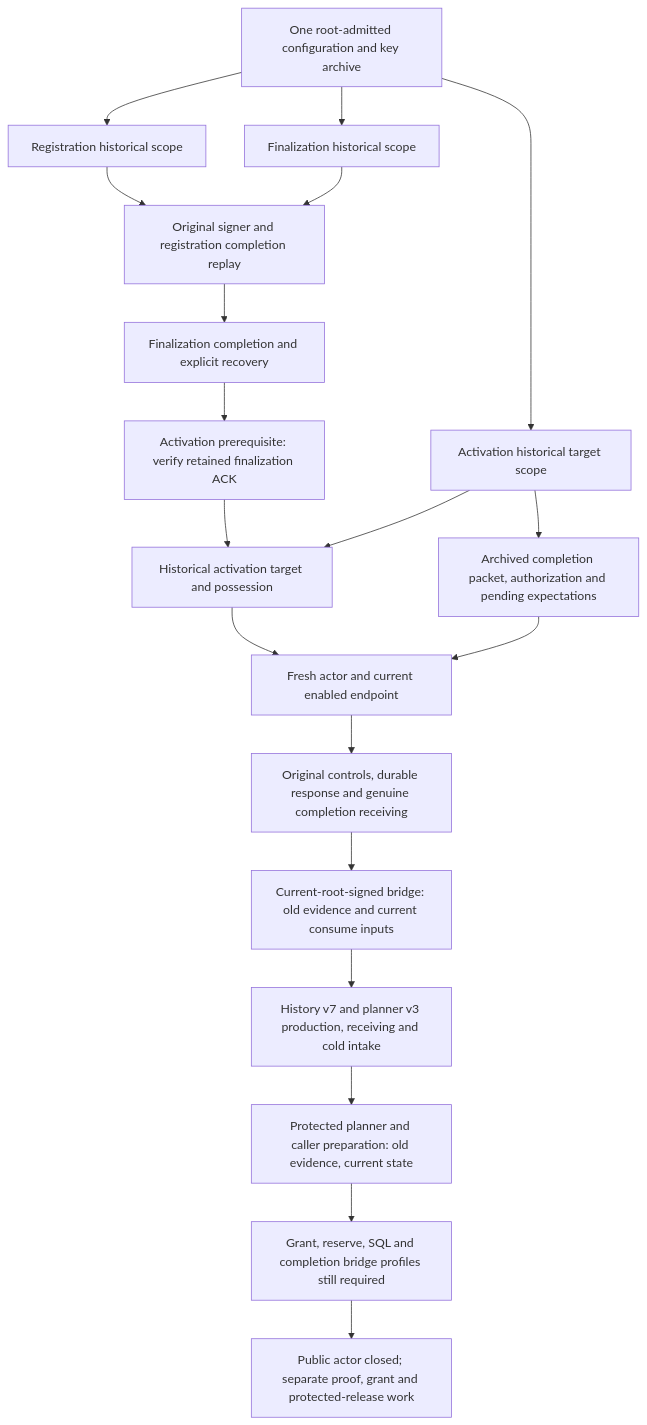
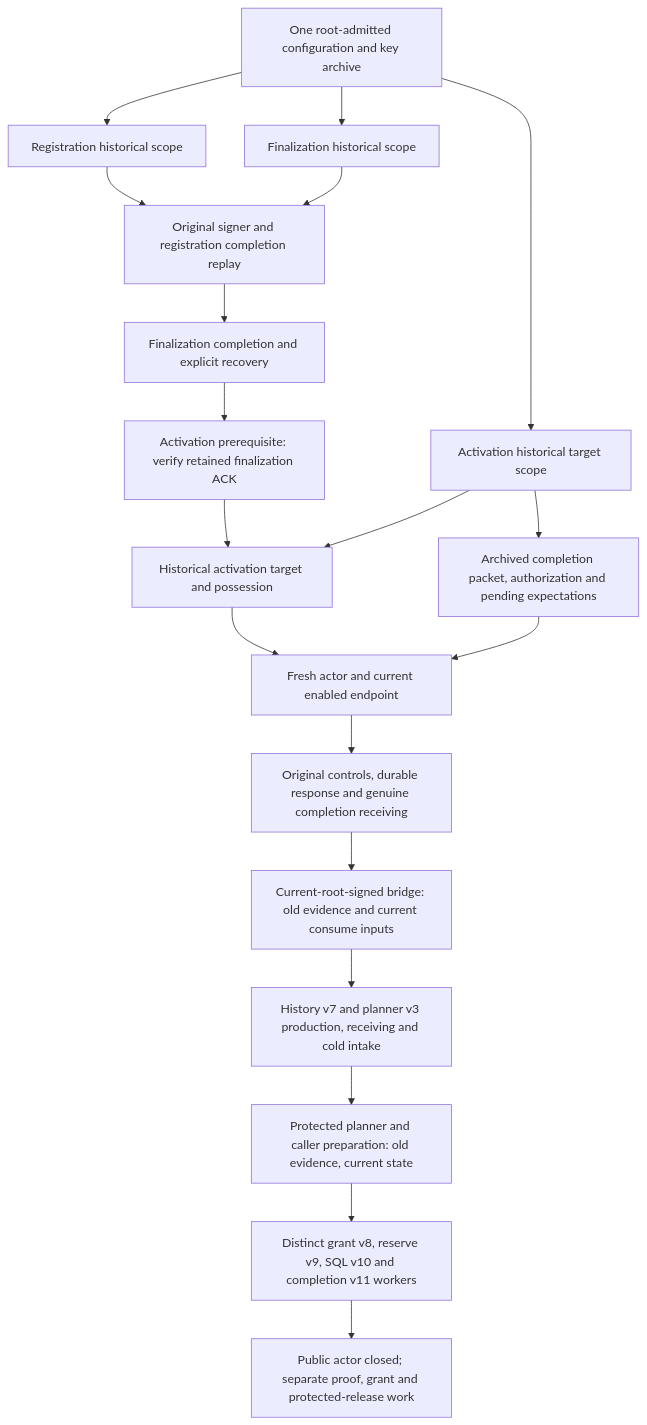
The diagram in docs/historical-authority-resolution.md (AndrewMohawk/catchplate), drawn with Mermaid before and after one commit. The commit also changed other lines of this file and 43 other files, not shown here.

Commit message:
feat(auth): bridge consume workers and historical completion custody

````diff
--- a/docs/historical-authority-resolution.md
+++ b/docs/historical-authority-resolution.md
@@ -158,21 +173,21 @@
 ```mermaid
 flowchart TD
     A[One root-admitted configuration and key archive] --> R[Registration historical scope]
     A --> F[Finalization historical scope]
     A --> H[Activation historical target scope]
     R --> V[Original signer and registration completion replay]
     F --> V
     V --> C[Finalization completion and explicit recovery]
     C --> P[Activation prerequisite: verify retained finalization ACK]
     P --> T[Historical activation target and possession]
     H --> T
     H --> E[Archived completion packet, authorization and pending expectations]
     T --> N[Fresh actor and current enabled endpoint]
     E --> N
     N --> Q[Original controls, durable response and genuine completion receiving]
     Q --> B[Current-root-signed bridge: old evidence and current consume inputs]
     B --> I[History v7 and planner v3 production, receiving and cold intake]
     I --> D[Protected planner and caller preparation: old evidence, current state]
-    D --> G[Grant, reserve, SQL and completion bridge profiles still required]
+    D --> G[Distinct grant v8, reserve v9, SQL v10 and completion v11 workers]
     G --> L[Public actor closed; separate proof, grant and protected-release work]
 ```
````
